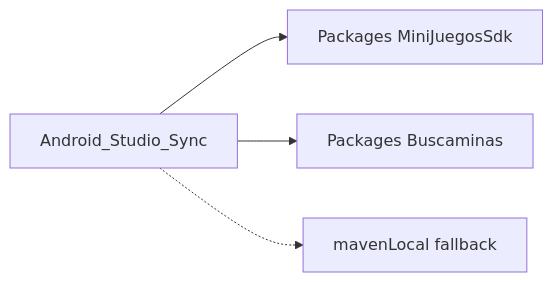
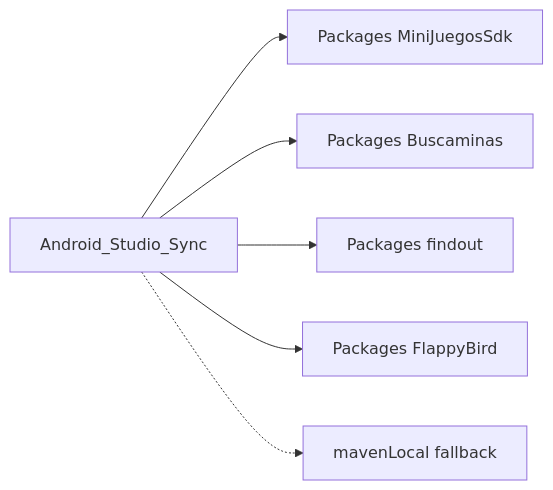
One commit to AlejandroHP17/MiniJuegos changed the fourth of 5 diagrams in docs/ESTRUCTURA.md. Above: the diagram before and after it, drawn with Mermaid. The commit also changed other lines of this file and 2 other files, not shown here.

First line of the commit message:
docs: actualizar catálogo con Find Out y Flappy Bird

````diff
--- a/docs/ESTRUCTURA.md
+++ b/docs/ESTRUCTURA.md
@@ -77,11 +77,15 @@
 ```mermaid
 flowchart LR
   studio[Android_Studio_Sync]
   gprSdk[Packages MiniJuegosSdk]
-  gprGame[Packages Buscaminas]
+  gprBus[Packages Buscaminas]
+  gprFind[Packages findout]
+  gprFlap[Packages FlappyBird]
   local[mavenLocal fallback]
 
   studio --> gprSdk
-  studio --> gprGame
+  studio --> gprBus
+  studio --> gprFind
+  studio --> gprFlap
   studio -.-> local
 ```
````
